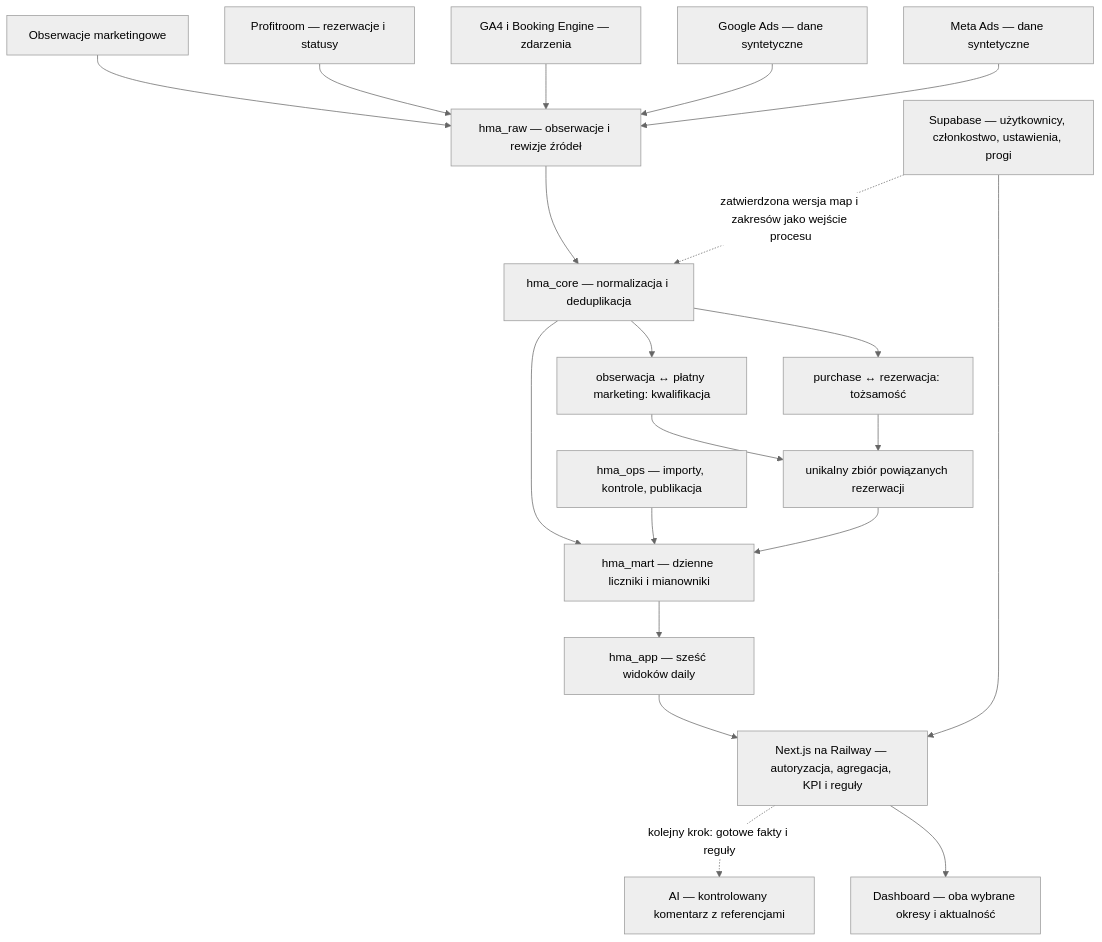
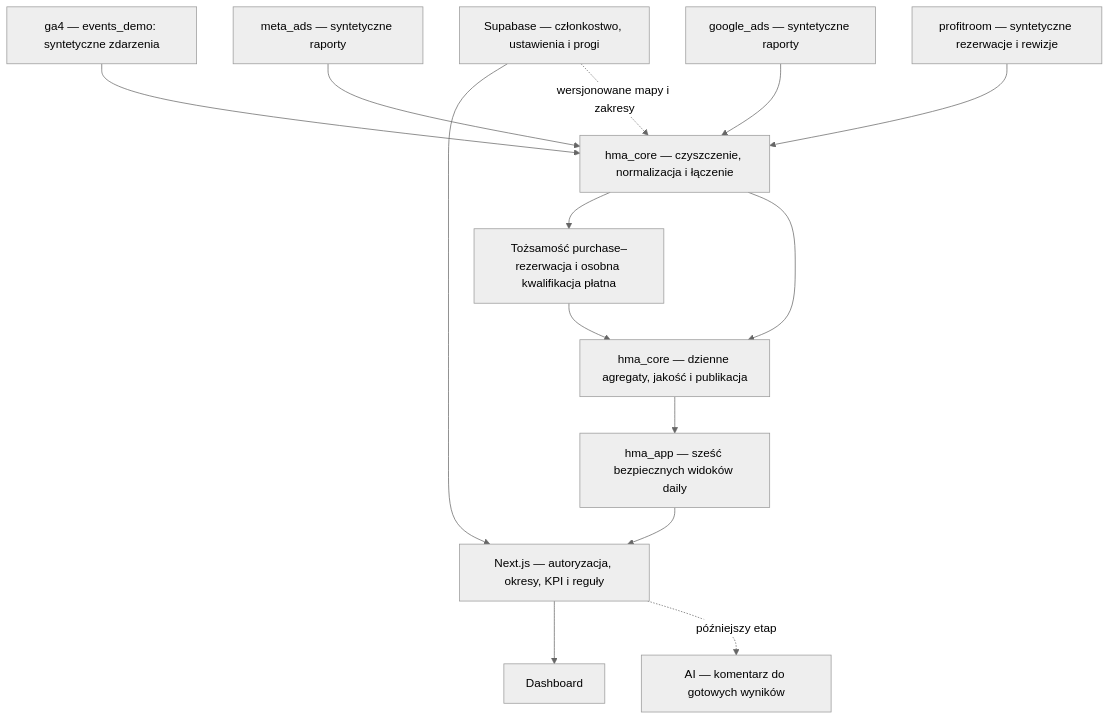
The diagram in docs/BIGQUERY_DESIGN.md (annabrendel05-crypto/hotel-marketing-analyzer), drawn with Mermaid (neutral theme) before and after one commit. The commit also changed other lines of this file, not shown here.

````diff
--- a/docs/BIGQUERY_DESIGN.md
+++ b/docs/BIGQUERY_DESIGN.md
@@ -48,22 +56,16 @@
 ```mermaid
 flowchart TD
-    META["Meta Ads — dane syntetyczne"] --> RAW["hma_raw — obserwacje i rewizje źródeł"]
-    GOOGLE["Google Ads — dane syntetyczne"] --> RAW
-    GA["GA4 i Booking Engine — zdarzenia"] --> RAW
-    PR["Profitroom — rezerwacje i statusy"] --> RAW
-    OBS["Obserwacje marketingowe"] --> RAW
-    RAW --> CORE["hma_core — normalizacja i deduplikacja"]
-    CORE --> ID["purchase ↔ rezerwacja: tożsamość"]
-    CORE --> PAID["obserwacja ↔ płatny marketing: kwalifikacja"]
-    ID --> LINK["unikalny zbiór powiązanych rezerwacji"]
-    PAID --> LINK
-    CORE --> MART["hma_mart — dzienne liczniki i mianowniki"]
-    LINK --> MART
-    OPS["hma_ops — importy, kontrole, publikacja"] --> MART
-    MART --> APP["hma_app — sześć widoków daily"]
-    SB["Supabase — użytkownicy, członkostwo, ustawienia, progi"] --> SERVER["Next.js na Railway — autoryzacja, agregacja, KPI i reguły"]
+    GA["ga4 — events_demo: syntetyczne zdarzenia"] --> CORE["hma_core — czyszczenie, normalizacja i łączenie"]
+    META["meta_ads — syntetyczne raporty"] --> CORE
+    GOOGLE["google_ads — syntetyczne raporty"] --> CORE
+    PR["profitroom — syntetyczne rezerwacje i rewizje"] --> CORE
+    CORE --> ID["Tożsamość purchase–rezerwacja i osobna kwalifikacja płatna"]
+    ID --> AGG["hma_core — dzienne agregaty, jakość i publikacja"]
+    CORE --> AGG
+    AGG --> APP["hma_app — sześć bezpiecznych widoków daily"]
+    SB["Supabase — członkostwo, ustawienia i progi"] --> SERVER["Next.js — autoryzacja, okresy, KPI i reguły"]
+    SB -. "wersjonowane mapy i zakresy" .-> CORE
     APP --> SERVER
-    SB -. "zatwierdzona wersja map i zakresów jako wejście procesu" .-> CORE
-    SERVER --> UI["Dashboard — oba wybrane okresy i aktualność"]
-    SERVER -. "kolejny krok: gotowe fakty i reguły" .-> AI["AI — kontrolowany komentarz z referencjami"]
+    SERVER --> UI["Dashboard"]
+    SERVER -. "późniejszy etap" .-> AI["AI — komentarz do gotowych wyników"]
 ```
````
